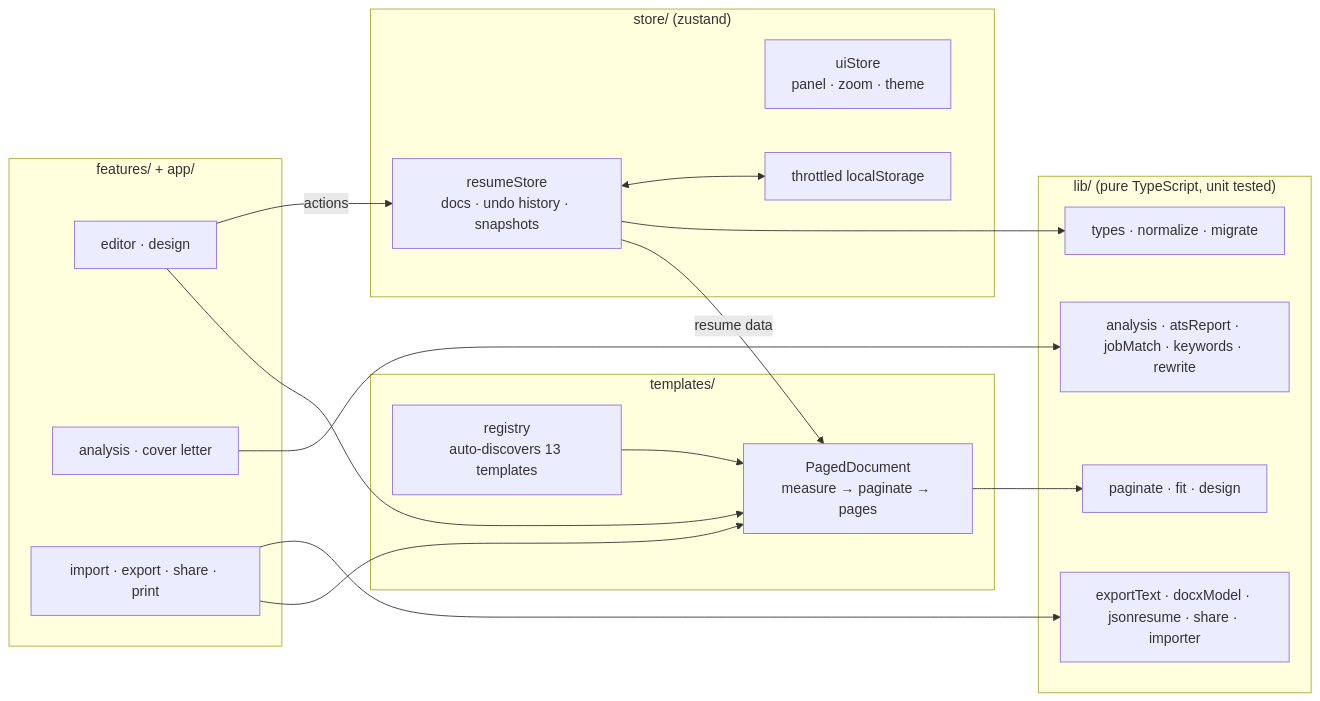
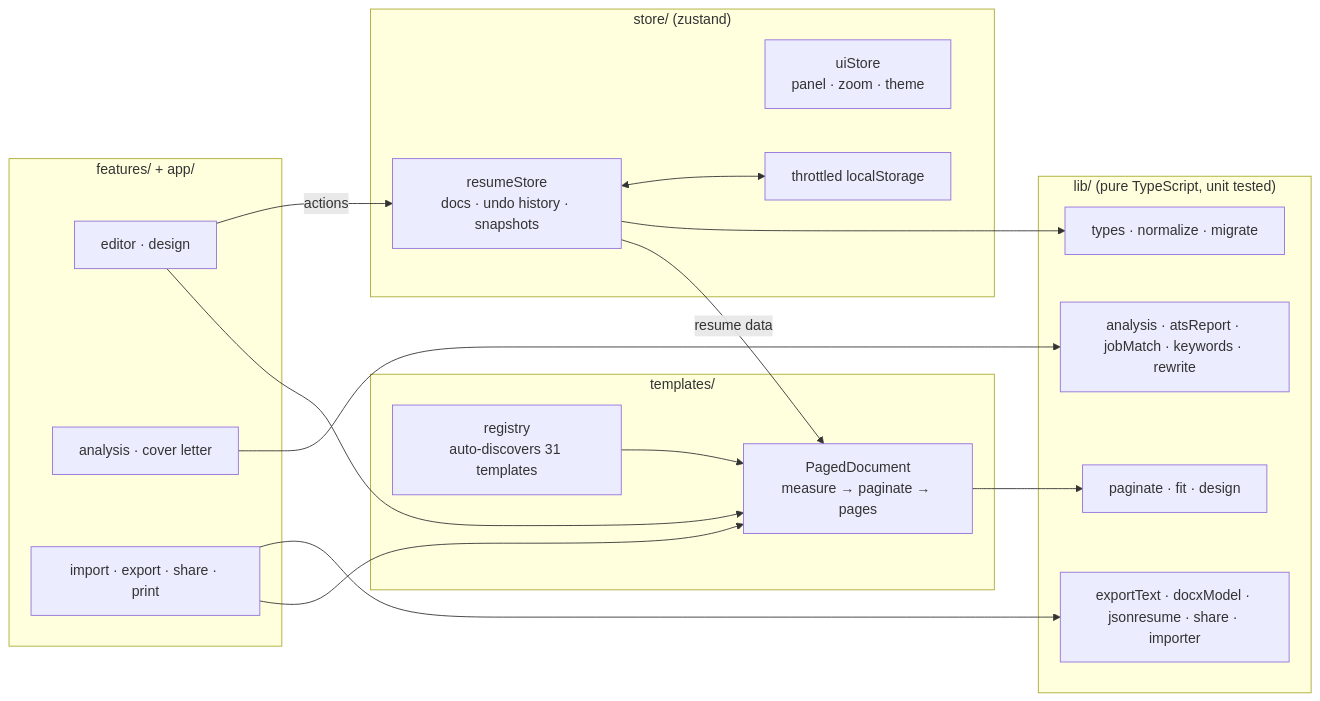
Before and after one commit to Jeevan2410/resumeforge: the diagram in README.md, drawn with Mermaid. The commit also changed other lines of this file and 62 other files, not shown here.

````diff
--- a/README.md
+++ b/README.md
@@ -72,33 +85,33 @@
 ```mermaid
 flowchart LR
   subgraph Store["store/ (zustand)"]
     RS[resumeStore<br/>docs · undo history · snapshots]
     UI[uiStore<br/>panel · zoom · theme]
     ST[throttled localStorage]
   end
   subgraph Lib["lib/ (pure TypeScript, unit tested)"]
     M[types · normalize · migrate]
     A[analysis · atsReport · jobMatch · keywords · rewrite]
     X[exportText · docxModel · jsonresume · share · importer]
     P[paginate · fit · design]
   end
   subgraph Templates["templates/"]
-    REG[registry<br/>auto-discovers 13 templates]
+    REG[registry<br/>auto-discovers 31 templates]
     PD[PagedDocument<br/>measure → paginate → pages]
   end
   subgraph Features["features/ + app/"]
     ED[editor · design]
     AN[analysis · cover letter]
     IO[import · export · share · print]
   end
   RS <--> ST
   RS --> M
   ED -- actions --> RS
   RS -- resume data --> PD
   REG --> PD
   PD --> P
   AN --> A
   IO --> X
   IO --> PD
   ED --> PD
 ```
````
